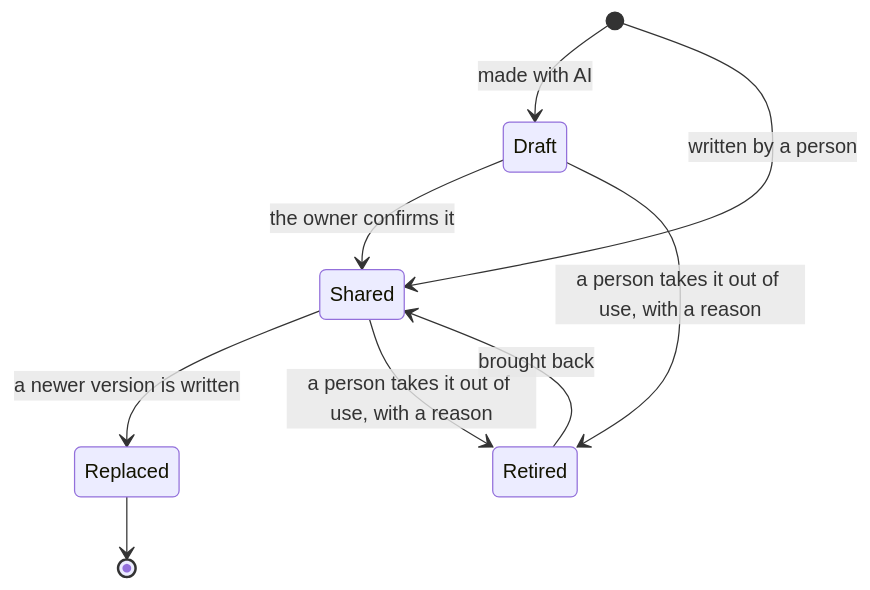
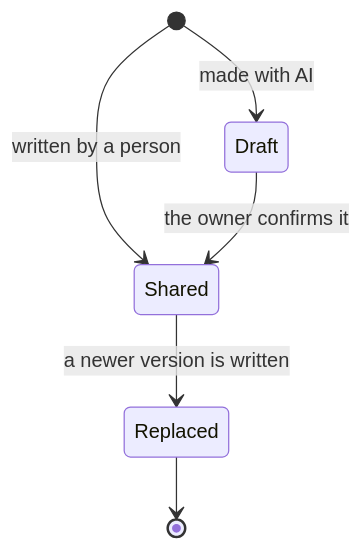
The third of 4 diagrams in docs/FLOW.md (mitchh14/amped-insights), drawn with Mermaid before and after one commit. The commit also changed other lines of this file and 8 other files, not shown here.

````diff
--- a/docs/FLOW.md
+++ b/docs/FLOW.md
@@ -111,11 +111,8 @@
 ```mermaid
 stateDiagram-v2
     [*] --> Draft: made with AI
     [*] --> Shared: written by a person
     Draft --> Shared: the owner confirms it
     Shared --> Replaced: a newer version is written
-    Draft --> Retired: a person takes it out of use, with a reason
-    Shared --> Retired: a person takes it out of use, with a reason
-    Retired --> Shared: brought back
     Replaced --> [*]
 ```
````
